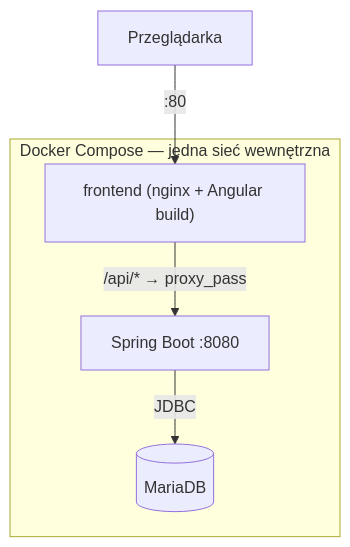
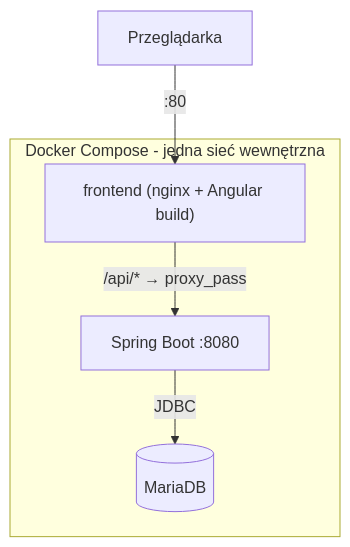
One commit to Jaro29/book-library-api changed the diagram in README.md. Above: the diagram before and after it, drawn with Mermaid. The commit also changed other lines of this file and 51 other files, not shown here.

````diff
--- a/README.md
+++ b/README.md
@@ -26,12 +26,12 @@
 ```mermaid
 flowchart TD
     User[Przeglądarka] -->|":80"| Nginx["frontend (nginx + Angular build)"]
     Nginx -->|"/api/* → proxy_pass"| Backend[Spring Boot :8080]
     Backend -->|JDBC| DB[(MariaDB)]
 
-    subgraph "Docker Compose — jedna sieć wewnętrzna"
+    subgraph "Docker Compose - jedna sieć wewnętrzna"
         Nginx
         Backend
         DB
     end
 ```
````
